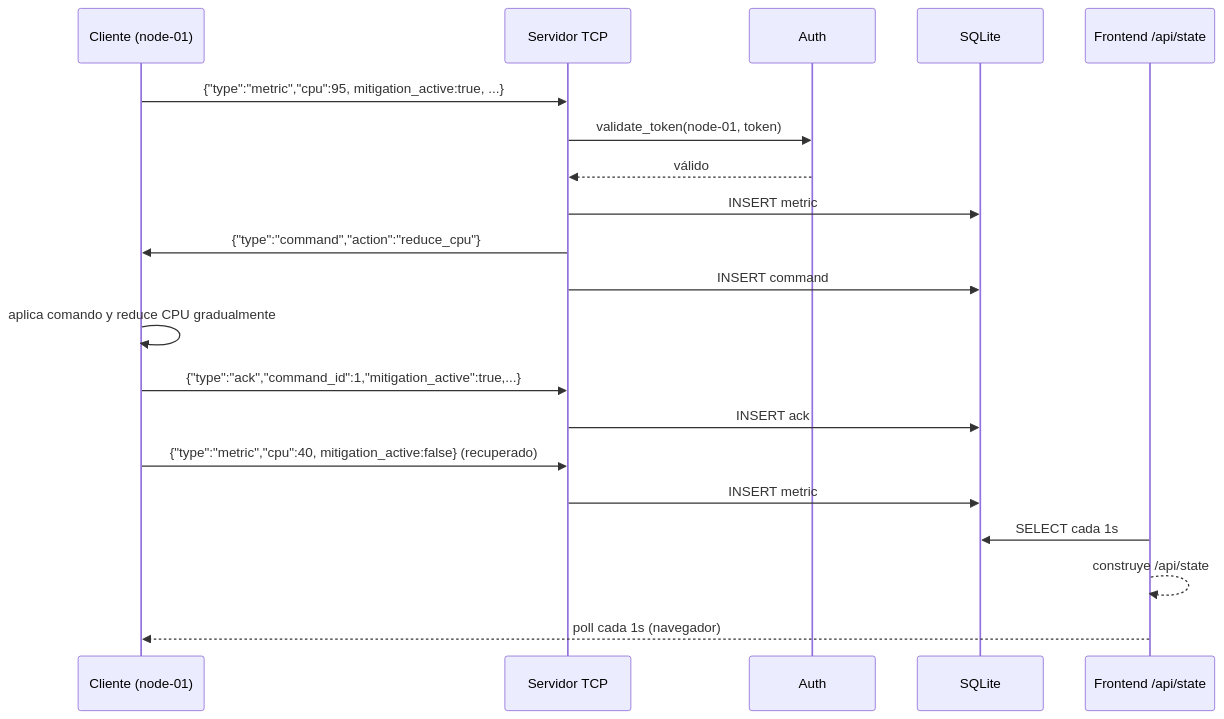
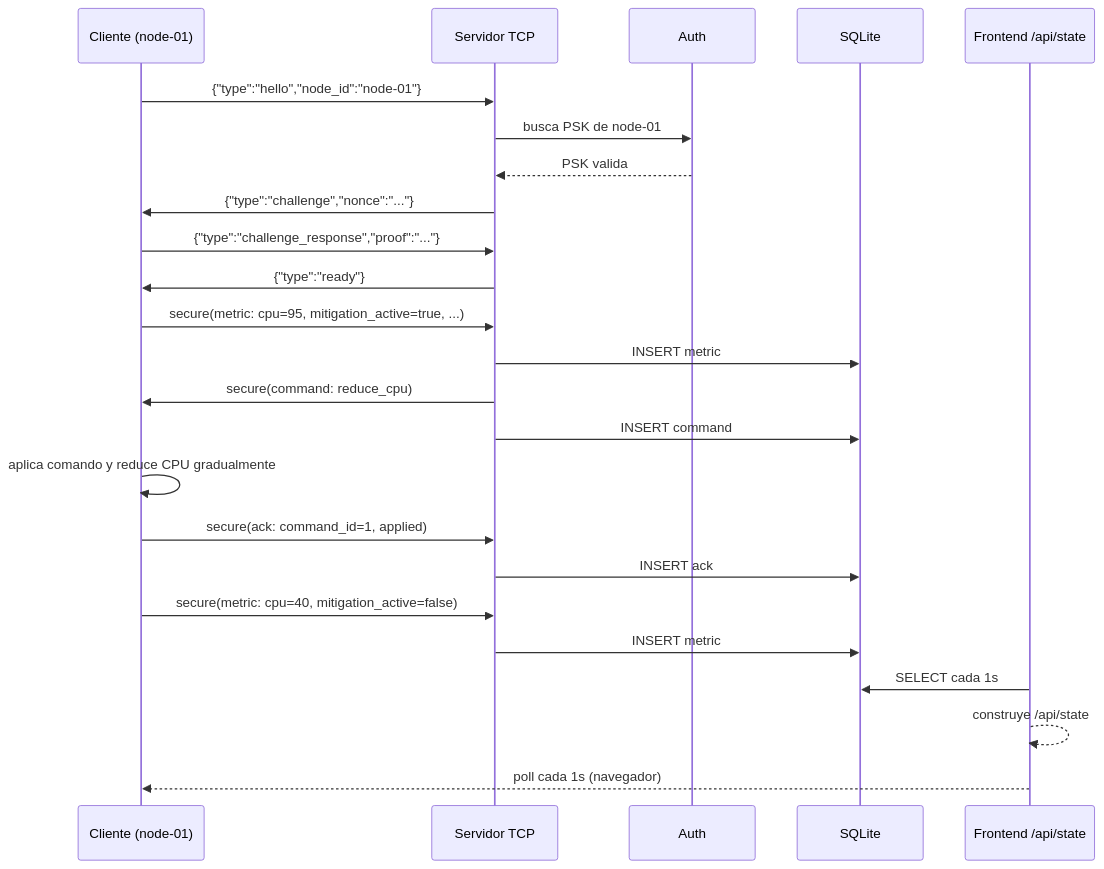
One commit to JorshSlimming/sistema-monitoreo-remoto-servidores-simulados changed the second of 3 diagrams in docs/architecture.md. Above: the diagram before and after it, drawn with Mermaid. The commit also changed other lines of this file and 20 other files, not shown here.

First line of the commit message:
Add PSK-secured secure channel

````diff
--- a/docs/architecture.md
+++ b/docs/architecture.md
@@ -77,23 +80,27 @@
 ```mermaid
 sequenceDiagram
     participant C as Cliente (node-01)
     participant S as Servidor TCP
     participant A as Auth
     participant DB as SQLite
     participant F as Frontend /api/state
 
-    C->>S: {"type":"metric","cpu":95, mitigation_active:true, ...}
-    S->>A: validate_token(node-01, token)
-    A-->>S: válido
+    C->>S: {"type":"hello","node_id":"node-01"}
+    S->>A: busca PSK de node-01
+    A-->>S: PSK valida
+    S->>C: {"type":"challenge","nonce":"..."}
+    C->>S: {"type":"challenge_response","proof":"..."}
+    S->>C: {"type":"ready"}
+    C->>S: secure(metric: cpu=95, mitigation_active=true, ...)
     S->>DB: INSERT metric
-    S->>C: {"type":"command","action":"reduce_cpu"}
+    S->>C: secure(command: reduce_cpu)
     S->>DB: INSERT command
     C->>C: aplica comando y reduce CPU gradualmente
-    C->>S: {"type":"ack","command_id":1,"mitigation_active":true,...}
+    C->>S: secure(ack: command_id=1, applied)
     S->>DB: INSERT ack
-    C->>S: {"type":"metric","cpu":40, mitigation_active:false} (recuperado)
+    C->>S: secure(metric: cpu=40, mitigation_active=false)
     S->>DB: INSERT metric
     F->>DB: SELECT cada 1s
     F-->>F: construye /api/state
     F-->>C: poll cada 1s (navegador)
 ```
````
